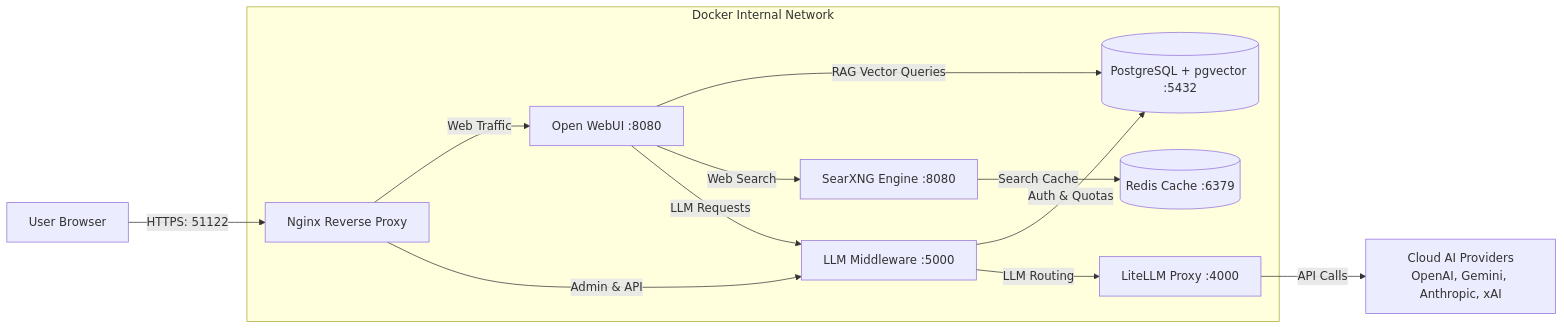
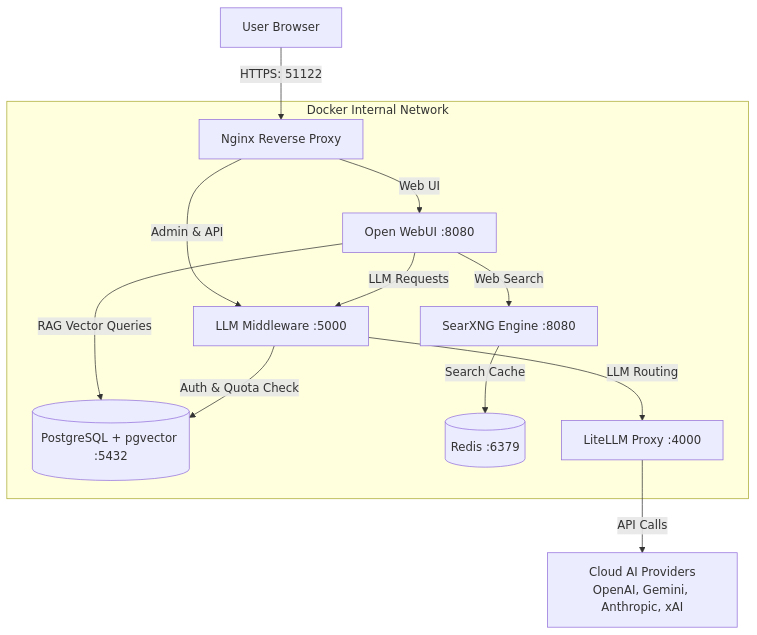
One commit to ThanhDT127/Oppen_Web_UI changed the diagram in README.md. Above: the diagram before and after it, drawn with Mermaid.

Commit message:
docs: restore architecture diagram to clean vertical layout for better readability

````diff
--- a/README.md
+++ b/README.md
@@ -78,20 +78,20 @@
 ```mermaid
-graph LR
+graph TD
     User[User Browser] -->|HTTPS: 51122| Nginx[Nginx Reverse Proxy]
     
     subgraph Docker Internal Network
-        Nginx -->|Web Traffic| WebUI[Open WebUI :8080]
+        Nginx -->|Web UI| WebUI[Open WebUI :8080]
         Nginx -->|Admin & API| MW[LLM Middleware :5000]
         
+        WebUI -->|LLM Requests| MW
+        WebUI -->|Web Search| SearXNG[SearXNG Engine :8080]
         WebUI -->|RAG Vector Queries| DB[(PostgreSQL + pgvector :5432)]
-        WebUI -->|Web Search| SearXNG[SearXNG Engine :8080]
-        WebUI -->|LLM Requests| MW
         
-        SearXNG -->|Search Cache| Redis[(Redis Cache :6379)]
+        SearXNG -->|Search Cache| Redis[(Redis :6379)]
         
-        MW -->|Auth & Quotas| DB
+        MW -->|Auth & Quota Check| DB
         MW -->|LLM Routing| LiteLLM[LiteLLM Proxy :4000]
     end
     
     LiteLLM -->|API Calls| Providers[Cloud AI Providers<br>OpenAI, Gemini, Anthropic, xAI]
 ```
````
